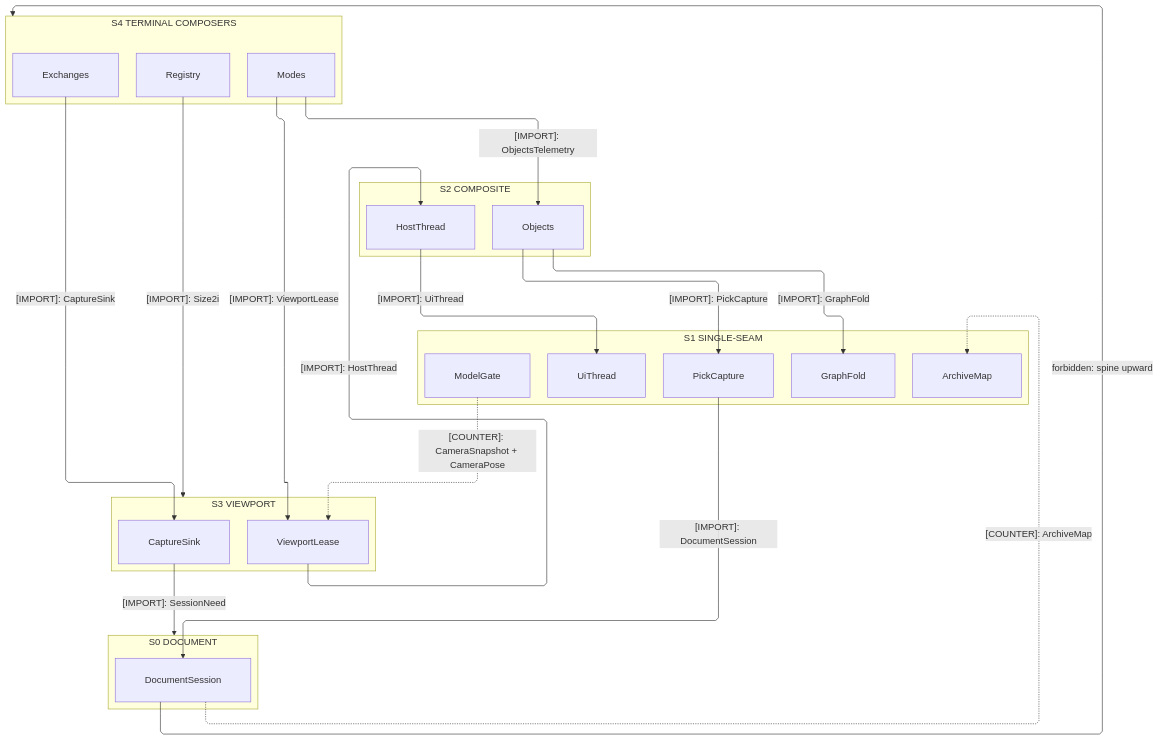
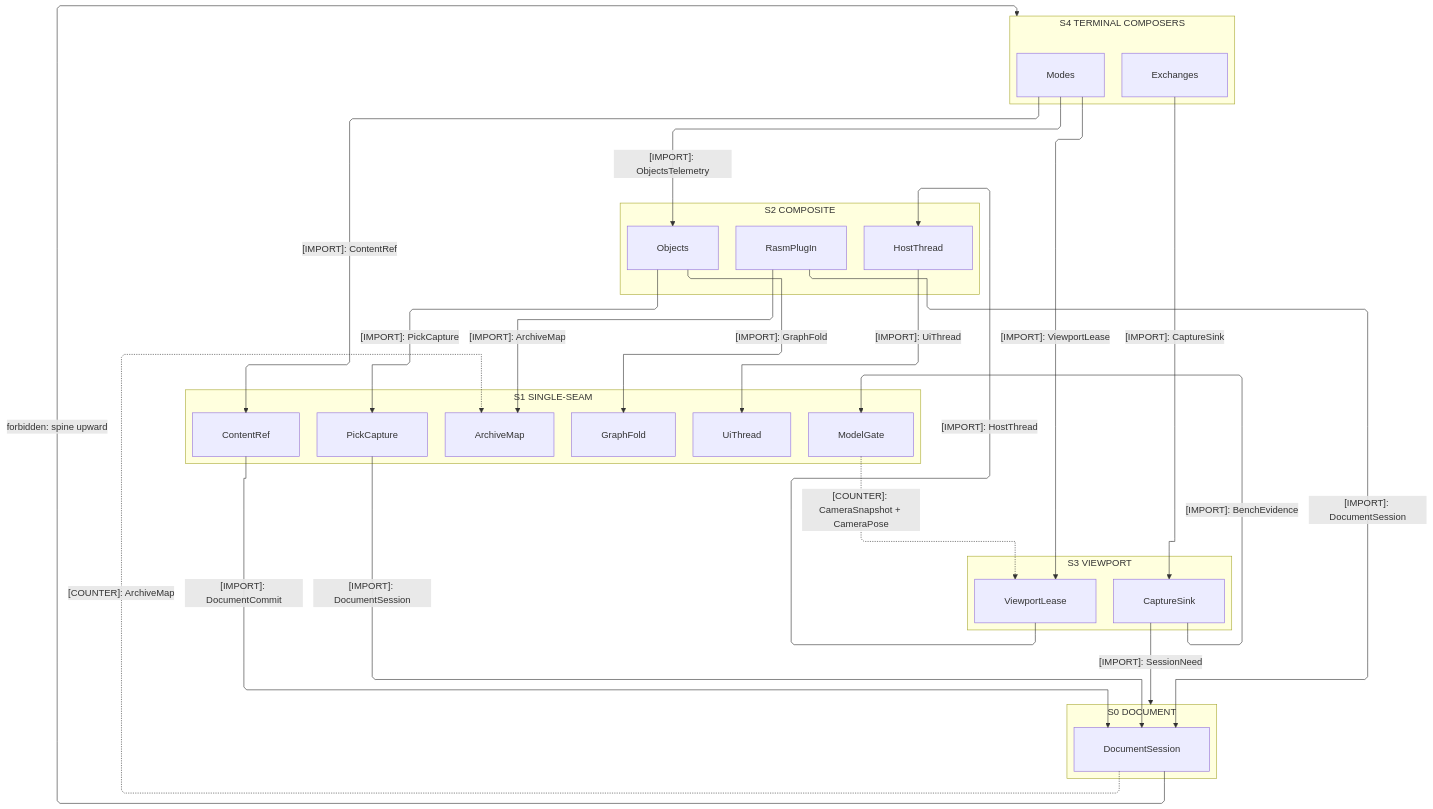
Before and after one commit to bsamiee/Rasm: the first of 3 diagrams in libs/csharp/Rasm.Rhino/ARCHITECTURE.md, drawn with Mermaid. The commit also changed other lines of this file and 747 other files, not shown here.

````diff
--- a/libs/csharp/Rasm.Rhino/ARCHITECTURE.md
+++ b/libs/csharp/Rasm.Rhino/ARCHITECTURE.md
@@ -115,48 +124,53 @@
 ```mermaid
 ---
 config:
   layout: elk
   flowchart:
     curve: linear
     padding: 25
 ---
 flowchart TB
     accTitle: Rasm.Rhino interior strata
-    accDescr: Five stacked strata from the terminal display, exchange, and render composers through the viewport rail and the composite object and host-UI domains onto the single-seam domains and the document spine, every consumption edge downward and solid naming one sourced type, two dashed ruled counter-edges carrying the ArchiveMap open-options payload upward from the document spine to Persistence and the CameraSnapshot and CameraPose frame values upward from the Modeling gate to the viewport rail, and one forbidden upward edge.
+    accDescr: Five stacked strata from the terminal display and exchange composers through the viewport rail and the composite object and host-UI domains onto the single-seam domains and the document spine, every consumption edge downward and solid naming one sourced type, two dashed ruled counter-edges carrying the ArchiveMap open-options payload upward from the document spine to Persistence and the CameraSnapshot and CameraPose frame values upward from the Modeling gate to the viewport rail, and one forbidden upward edge.
     subgraph S4["S4 TERMINAL COMPOSERS"]
         Modes[Modes]
         Exchanges[Exchanges]
-        Registry[Registry]
     end
     subgraph S3["S3 VIEWPORT"]
         Lease[ViewportLease]
         Capture[CaptureSink]
     end
     subgraph S2["S2 COMPOSITE"]
         Objects[Objects]
         HostThread[HostThread]
+        Plugin[RasmPlugIn]
     end
     subgraph S1["S1 SINGLE-SEAM"]
         Picks[PickCapture]
         Blocks[GraphFold]
         Eto[UiThread]
         Archive[ArchiveMap]
         Model[ModelGate]
+        Registry[ContentRef]
     end
     subgraph S0["S0 DOCUMENT"]
         Session[DocumentSession]
     end
     Modes e1@-->|"[IMPORT]: ViewportLease"| Lease
+    Modes e13@-->|"[IMPORT]: ContentRef"| Registry
     Exchanges e2@-->|"[IMPORT]: CaptureSink"| Capture
-    Registry e3@-->|"[IMPORT]: Size2i"| S3
+    Registry e3@-->|"[IMPORT]: DocumentCommit"| Session
     Lease e4@-->|"[IMPORT]: HostThread"| HostThread
     Capture e5@-->|"[IMPORT]: SessionNeed"| S0
+    Capture e14@-->|"[IMPORT]: BenchEvidence"| Model
     Objects e6@-->|"[IMPORT]: PickCapture"| Picks
     Objects e7@-->|"[IMPORT]: GraphFold"| Blocks
     HostThread e8@-->|"[IMPORT]: UiThread"| Eto
+    Plugin e15@-->|"[IMPORT]: DocumentSession"| Session
+    Plugin e16@-->|"[IMPORT]: ArchiveMap"| Archive
     Picks e9@-->|"[IMPORT]: DocumentSession"| Session
     Modes e12@-->|"[IMPORT]: ObjectsTelemetry"| Objects
     Session e10@-.->|"[COUNTER]: ArchiveMap"| Archive
     Model e11@-.->|"[COUNTER]: CameraSnapshot + CameraPose"| Lease
     Session f1@-->|"forbidden: spine upward"| S4
 ```
````
